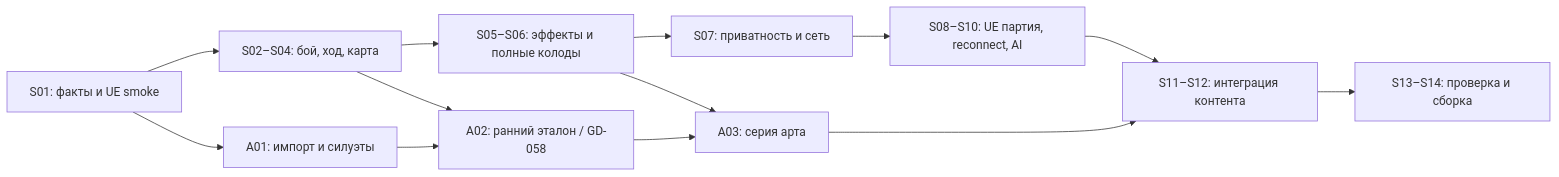
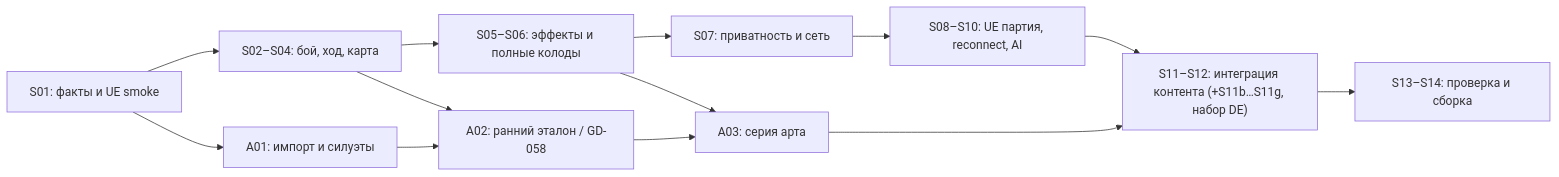
The diagram in docs/game-design/13-sprint-plan.md (renlok87/unmatched), drawn with Mermaid before and after one commit. The commit also changed other lines of this file and 5 other files, not shown here.

````diff
--- a/docs/game-design/13-sprint-plan.md
+++ b/docs/game-design/13-sprint-plan.md
@@ -123,15 +174,15 @@
 ```mermaid
 flowchart LR
   S01["S01: факты и UE smoke"] --> S02["S02–S04: бой, ход, карта"]
   S02 --> S05["S05–S06: эффекты и полные колоды"]
   S05 --> S07["S07: приватность и сеть"]
   S07 --> S08["S08–S10: UE партия, reconnect, AI"]
-  S08 --> S11["S11–S12: интеграция контента"]
+  S08 --> S11["S11–S12: интеграция контента (+S11b…S11g, набор DE)"]
   S11 --> S13["S13–S14: проверка и сборка"]
   S01 --> A01["A01: импорт и силуэты"]
   A01 --> A02["A02: ранний эталон / GD-058"]
   S02 --> A02
   A02 --> A03["A03: серия арта"]
   S05 --> A03
   A03 --> S11
 ```
````
